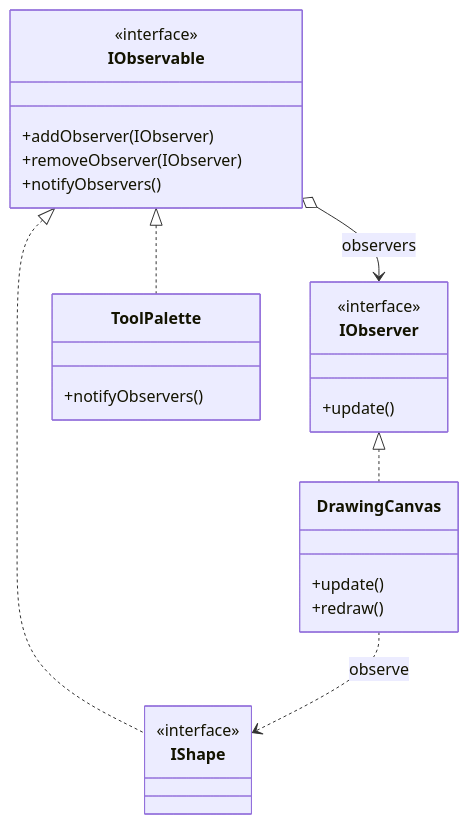
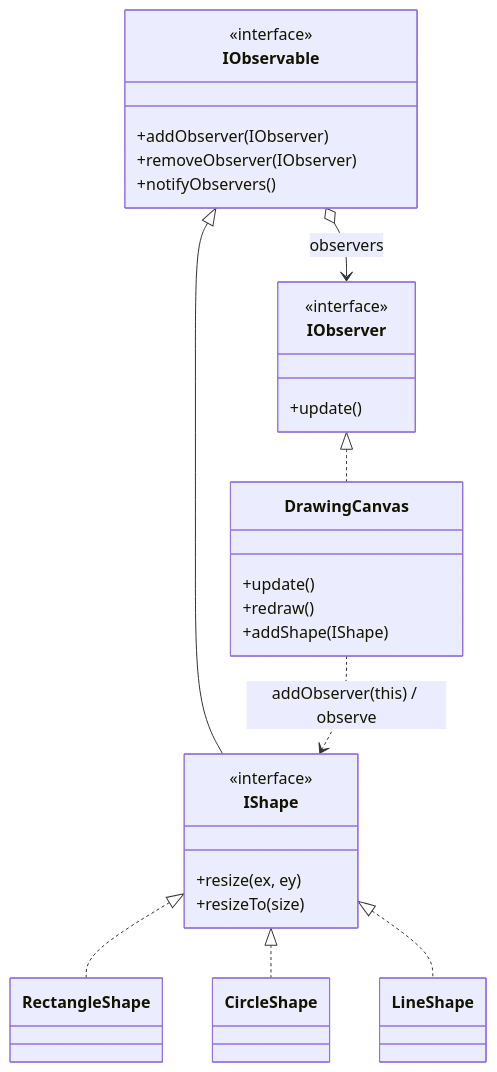
The second of 13 diagrams in DOCUMENTATION.md (yosrtaktak/DesignDraw), drawn with Mermaid before and after one commit. The commit also changed other lines of this file and 18 other files, not shown here.

First line of the commit message:
refactor: holder-idiom singletons, proper Observer wiring, class diagram

````diff
--- a/DOCUMENTATION.md
+++ b/DOCUMENTATION.md
@@ -177,28 +208,34 @@
 ```mermaid
 classDiagram
     class IObservable {
         <<interface>>
         +addObserver(IObserver)
         +removeObserver(IObserver)
         +notifyObservers()
     }
     class IObserver {
         <<interface>>
         +update()
     }
-    class ToolPalette {
-        +notifyObservers()
-    }
     class IShape {
         <<interface>>
+        +resize(ex, ey)
+        +resizeTo(size)
     }
+    class RectangleShape
+    class CircleShape
+    class LineShape
     class DrawingCanvas {
         +update()
         +redraw()
+        +addShape(IShape)
     }
-    IObservable <|.. ToolPalette
-    IObservable <|.. IShape
+
+    IObservable <|-- IShape
+    IShape <|.. RectangleShape
+    IShape <|.. CircleShape
+    IShape <|.. LineShape
     IObserver  <|.. DrawingCanvas
     IObservable o--> IObserver : observers
-    DrawingCanvas ..> IShape : observe
+    DrawingCanvas ..> IShape : addObserver(this) / observe
 ```
````
